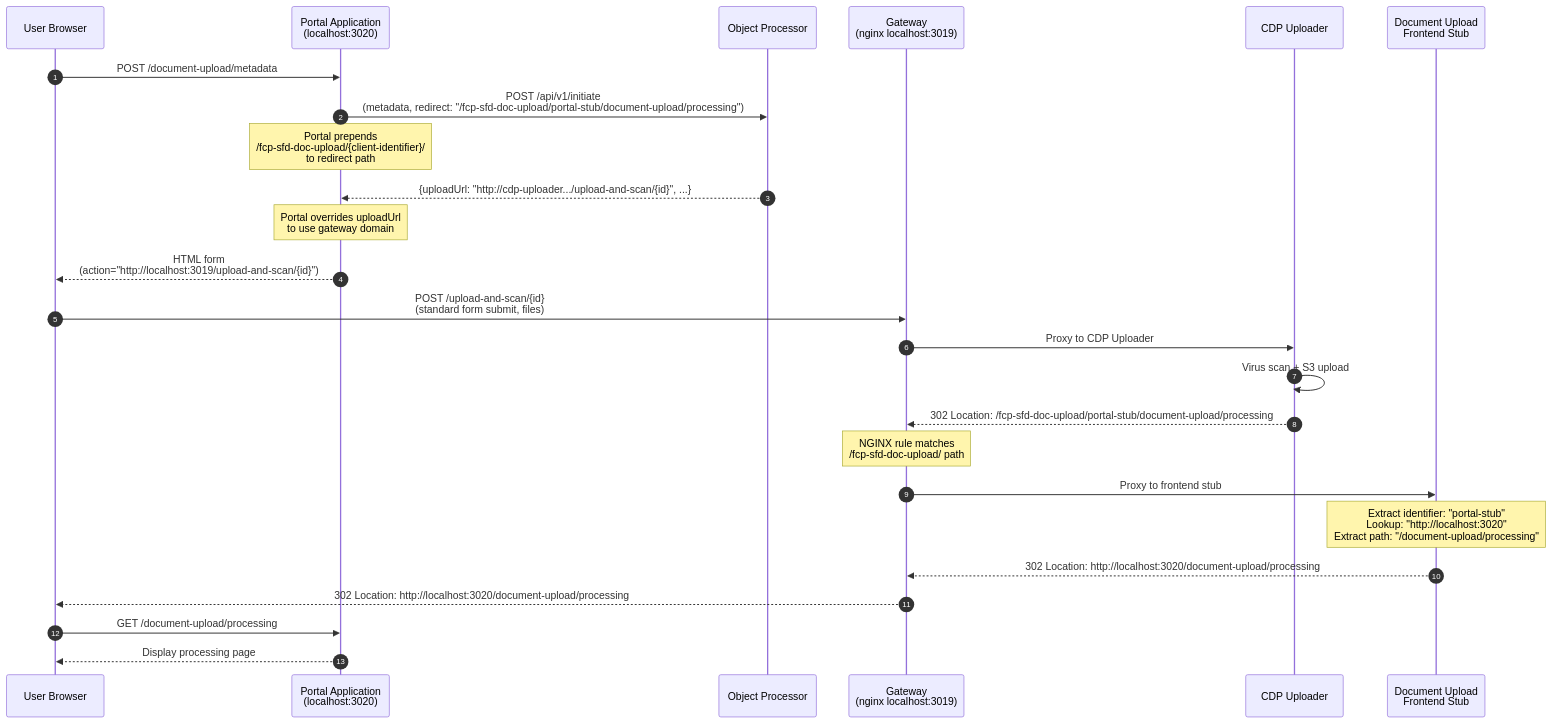
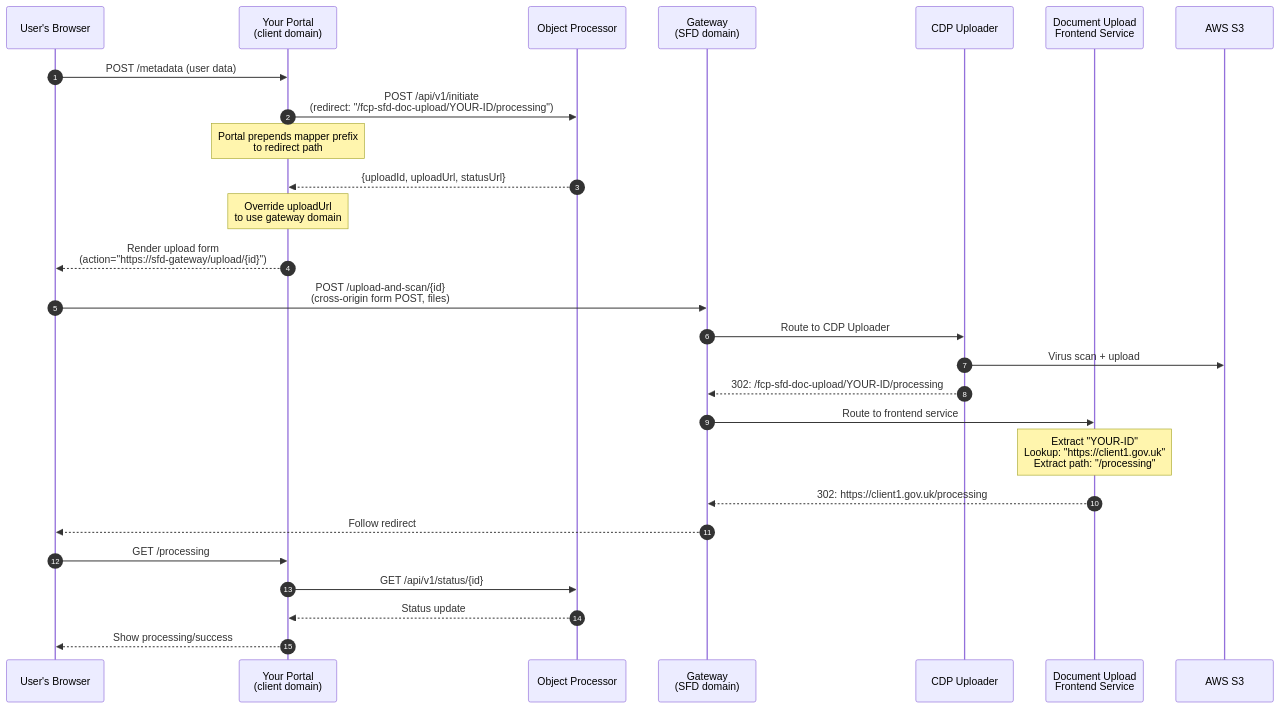
One commit to DEFRA/fcp-sfd-portal-stub changed the second of 3 diagrams in README.md. Above: the diagram before and after it, drawn with Mermaid. The commit also changed other lines of this file, not shown here.

````diff
--- a/README.md
+++ b/README.md
@@ -314,30 +271,33 @@
 ```mermaid
 sequenceDiagram
     autonumber
-    participant Browser as User Browser
-    participant Portal as Portal Application<br/>(localhost:3020)
+    participant Browser as User's Browser
+    participant Portal as Your Portal<br/>(client domain)
     participant Processor as Object Processor
-    participant Gateway as Gateway<br/>(nginx localhost:3019)
+    participant Gateway as Gateway<br/>(SFD domain)
     participant Uploader as CDP Uploader
-    participant Frontend as Document Upload<br/>Frontend Stub
+    participant Frontend as Document Upload<br/>Frontend Service
+    participant S3 as AWS S3
 
-    Browser->>Portal: POST /document-upload/metadata
-    Portal->>Processor: POST /api/v1/initiate<br/>(metadata, redirect: "/fcp-sfd-doc-upload/portal-stub/document-upload/processing")
-    Note over Portal: Portal prepends<br/>/fcp-sfd-doc-upload/{client-identifier}/<br/>to redirect path
-    Processor-->>Portal: {uploadUrl: "http://cdp-uploader.../upload-and-scan/{id}", ...}
-    Note over Portal: Portal overrides uploadUrl<br/>to use gateway domain
-    Portal-->>Browser: HTML form<br/>(action="http://localhost:3019/upload-and-scan/{id}")
+    Browser->>Portal: POST /metadata (user data)
+    Portal->>Processor: POST /api/v1/initiate<br/>(redirect: "/fcp-sfd-doc-upload/YOUR-ID/processing")
+    Note over Portal: Portal prepends mapper prefix<br/>to redirect path
+    Processor-->>Portal: {uploadId, uploadUrl, statusUrl}
+    Note over Portal: Override uploadUrl<br/>to use gateway domain
+    Portal-->>Browser: Render upload form<br/>(action="https://sfd-gateway/upload/{id}")
     
-    Browser->>Gateway: POST /upload-and-scan/{id}<br/>(standard form submit, files)
-    Gateway->>Uploader: Proxy to CDP Uploader
-    Uploader->>Uploader: Virus scan + S3 upload
-    Uploader-->>Gateway: 302 Location: /fcp-sfd-doc-upload/portal-stub/document-upload/processing
-    Note over Gateway: NGINX rule matches<br/>/fcp-sfd-doc-upload/ path
-    Gateway->>Frontend: Proxy to frontend stub
-    Note over Frontend: Extract identifier: "portal-stub"<br/>Lookup: "http://localhost:3020"<br/>Extract path: "/document-upload/processing"
-    Frontend-->>Gateway: 302 Location: http://localhost:3020/document-upload/processing
-    Gateway-->>Browser: 302 Location: http://localhost:3020/document-upload/processing
+    Browser->>Gateway: POST /upload-and-scan/{id}<br/>(cross-origin form POST, files)
+    Gateway->>Uploader: Route to CDP Uploader
+    Uploader->>S3: Virus scan + upload
+    Uploader-->>Gateway: 302: /fcp-sfd-doc-upload/YOUR-ID/processing
     
-    Browser->>Portal: GET /document-upload/processing
-    Portal-->>Browser: Display processing page
+    Gateway->>Frontend: Route to frontend service
+    Note over Frontend: Extract "YOUR-ID"<br/>Lookup: "https://client1.gov.uk"<br/>Extract path: "/processing"
+    Frontend-->>Gateway: 302: https://client1.gov.uk/processing
+    Gateway-->>Browser: Follow redirect
+    
+    Browser->>Portal: GET /processing
+    Portal->>Processor: GET /api/v1/status/{id}
+    Processor-->>Portal: Status update
+    Portal-->>Browser: Show processing/success
 ```
````
